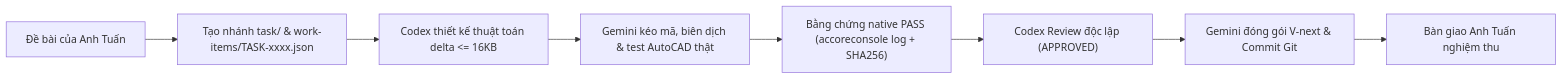
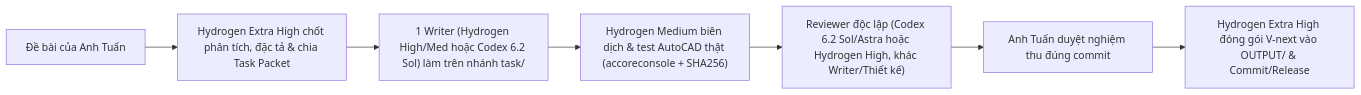
The diagram in DOCS/AI_AGREEMENT_WORKFLOW.md (anhtuantvtkd-ui/TuanPa_AI), drawn with Mermaid before and after one commit. The commit also changed other lines of this file and 4 other files, not shown here.

Commit message:
docs(workflow): formalize multi-tier Hydrogen and Codex role routing

````diff
--- a/DOCS/AI_AGREEMENT_WORKFLOW.md
+++ b/DOCS/AI_AGREEMENT_WORKFLOW.md
@@ -40,10 +50,9 @@
 ```mermaid
 flowchart LR
-    A["Đề bài của Anh Tuấn"] --> B["Tạo nhánh task/ & work-items/TASK-xxxx.json"]
-    B --> C["Codex thiết kế thuật toán delta <= 16KB"]
-    C --> D["Gemini kéo mã, biên dịch & test AutoCAD thật"]
-    D --> E["Bằng chứng native PASS (accoreconsole log + SHA256)"]
-    E --> F["Codex Review độc lập (APPROVED)"]
-    F --> G["Gemini đóng gói V-next & Commit Git"]
-    G --> H["Bàn giao Anh Tuấn nghiệm thu"]
+    A["Đề bài của Anh Tuấn"] --> B["Hydrogen Extra High chốt phân tích, đặc tả & chia Task Packet"]
+    B --> C["1 Writer (Hydrogen High/Med hoặc Codex 6.2 Sol) làm trên nhánh task/"]
+    C --> D["Hydrogen Medium biên dịch & test AutoCAD thật (accoreconsole + SHA256)"]
+    D --> E["Reviewer độc lập (Codex 6.2 Sol/Astra hoặc Hydrogen High, khác Writer/Thiết kế)"]
+    E --> F["Anh Tuấn duyệt nghiệm thu đúng commit"]
+    F --> G["Hydrogen Extra High đóng gói V-next vào OUTPUT/ & Commit/Release"]
 ```
````
